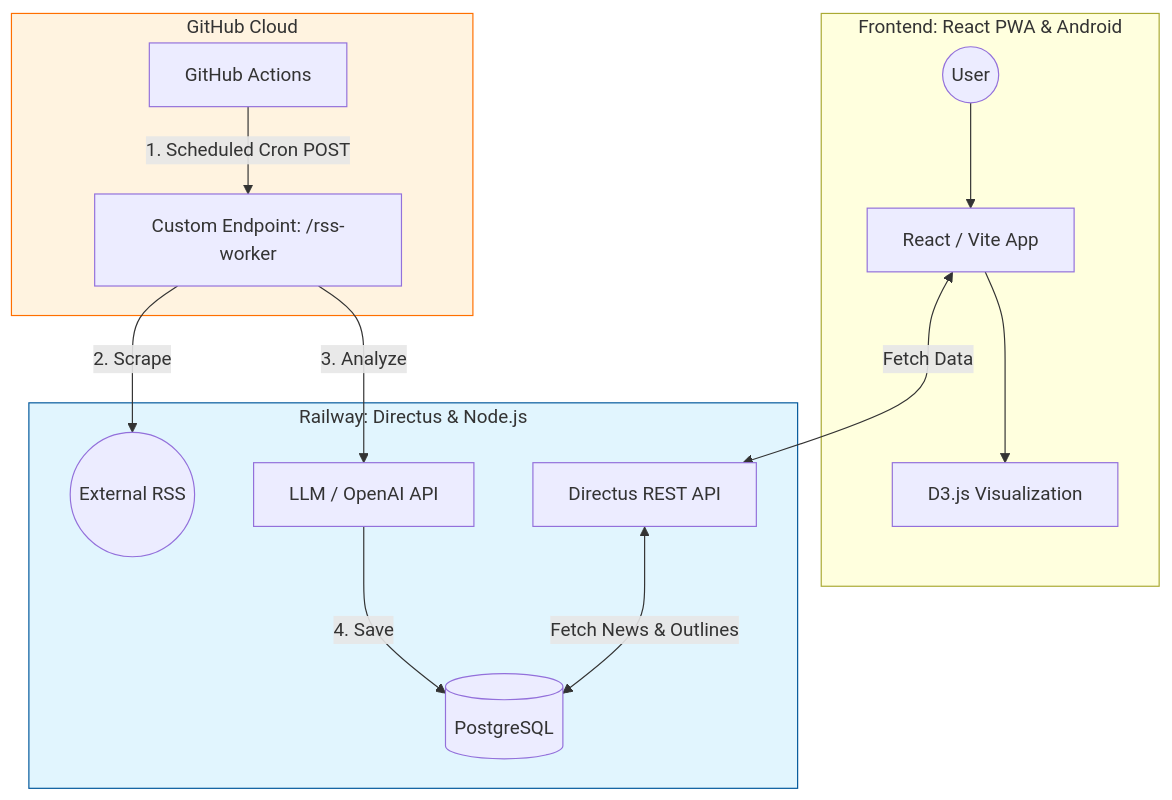
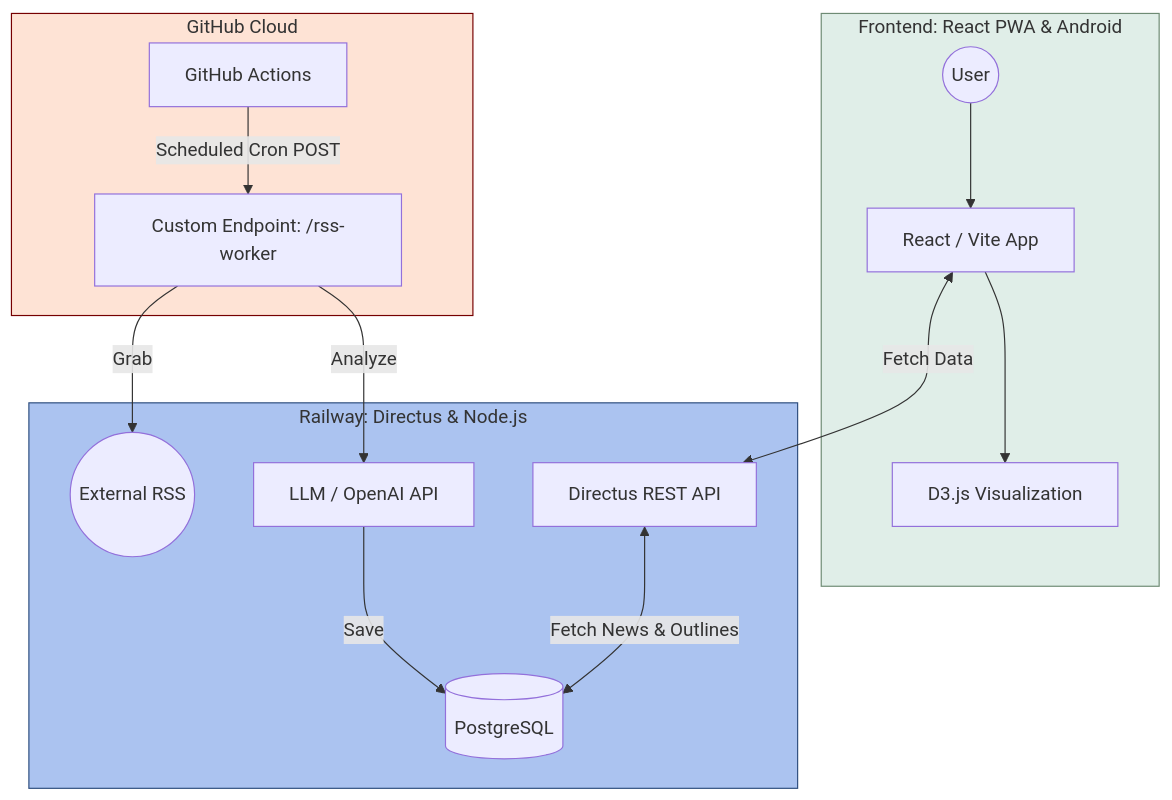
The diagram in README.md (yilizzz/outliner), drawn with Mermaid before and after one commit. The commit also changed other lines of this file, not shown here.

Commit message:
mermaid gragh

````diff
--- a/README.md
+++ b/README.md
@@ -27,29 +27,30 @@
 ```mermaid
 graph TD
     %% Client Side
     subgraph Client_Layer [Frontend: React PWA & Android]
         User((User)) --> PWA[React / Vite App]
         PWA --> D3[D3.js Visualization]
     end
 
     %% GitHub Actions (The Trigger)
     subgraph GitHub_Cloud [GitHub Cloud]
-        GA[GitHub Actions] -->|1. Scheduled Cron POST| CE
+        GA[GitHub Actions] -->|Scheduled Cron POST| CE
     end
 
     %% Backend Service
     subgraph Railway_Cloud [Railway: Directus & Node.js]
-        CE[Custom Endpoint: /rss-worker] -->|2. Scrape| RSS((External RSS))
-        CE -->|3. Analyze| AI[LLM / OpenAI API]
-        AI -->|4. Save| DB[(PostgreSQL)]
+        CE[Custom Endpoint: /rss-worker] -->|Grab| RSS((External RSS))
+        CE -->|Analyze| AI[LLM / OpenAI API]
+        AI -->|Save| DB[(PostgreSQL)]
 
         API[Directus REST API] <-->|Fetch News & Outlines| DB
     end
 
     %% Frontend Interaction
     PWA <-->|Fetch Data| API
 
     %% Styles
-    style GitHub_Cloud fill:#fff3e0,stroke:#ff6f00
-    style Railway_Cloud fill:#e1f5fe,stroke:#01579b
+    style Client_Layer fill:#e0eee8,stroke:#6e8b74
+    style GitHub_Cloud fill:#fee3d5,stroke:#760001
+    style Railway_Cloud fill:#abc3f0,stroke:#2e4e7e
 ```
````
